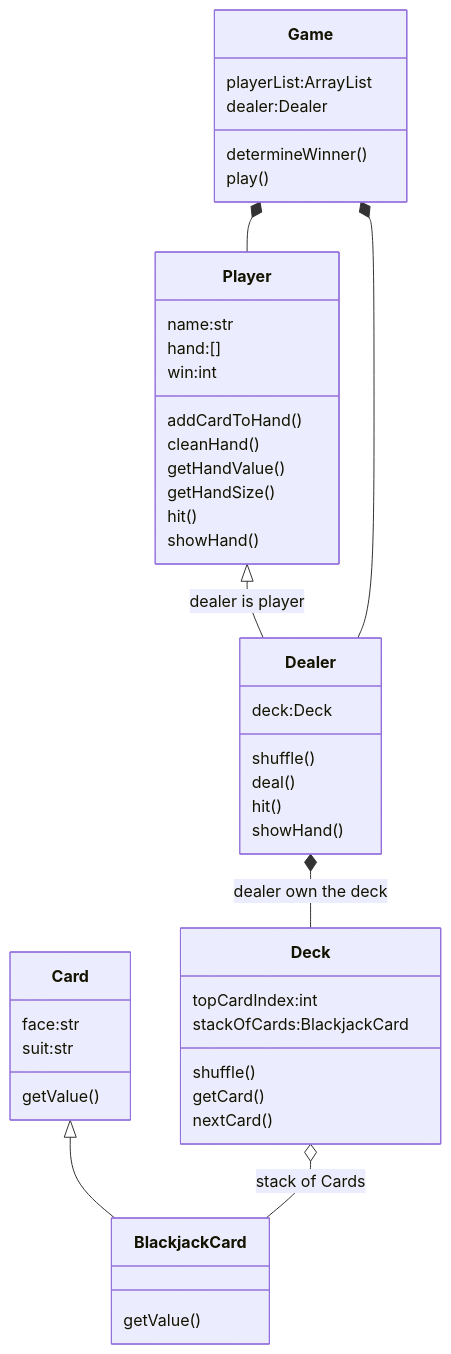
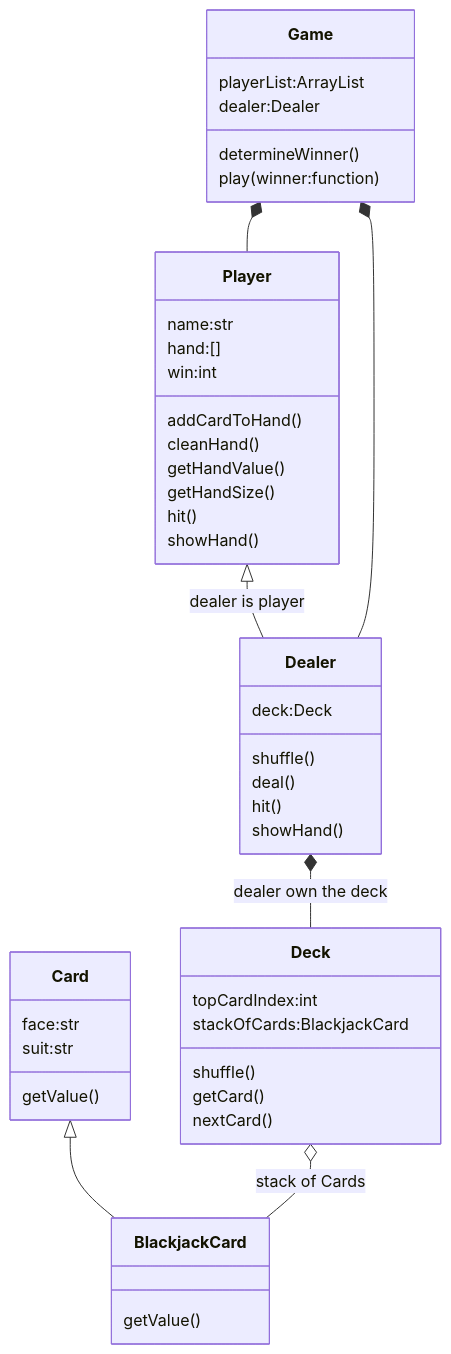
Diagram 11 of 18 in doc/python.md (jwang1122/python), drawn with Mermaid before and after one commit. The commit also changed other lines of this file and 75 other files, not shown here.

````diff
--- a/doc/python.md
+++ b/doc/python.md
@@ -749,54 +764,54 @@
 ```mermaid
 classDiagram
 class Card {
   face:str
   suit:str
   getValue()
 }
 
 class BlackjackCard{
   getValue()
 }
 
 class Deck{
   topCardIndex:int
   stackOfCards:BlackjackCard
   shuffle()
   getCard()
   nextCard()
 }
 
 class Player{
   name:str
   hand:[]
   win:int
   addCardToHand()
   cleanHand()
   getHandValue()
   getHandSize()
   hit()
   showHand()
 }
 
 class Dealer {
   deck:Deck
   shuffle()
   deal()
   hit()
   showHand()
 }
 
 class Game{
   playerList:ArrayList<Player>
   dealer:Dealer
   determineWinner()
-  play()
+  play(winner:function)
 }
 
 Player<|--Dealer:dealer is player
 Dealer *--Deck:dealer own the deck
 Card<|--BlackjackCard
 Deck o--BlackjackCard:stack of Cards
 Game *-- Dealer
 Game *-- Player
 ```
````
